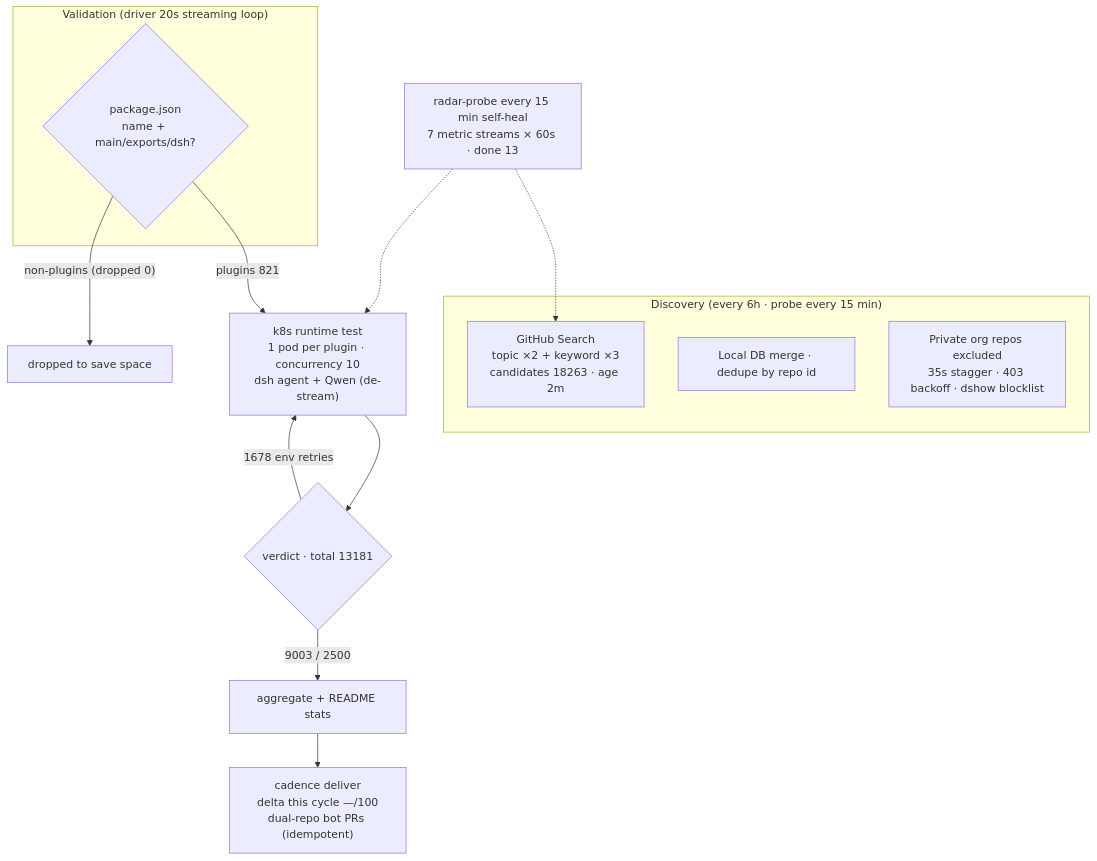
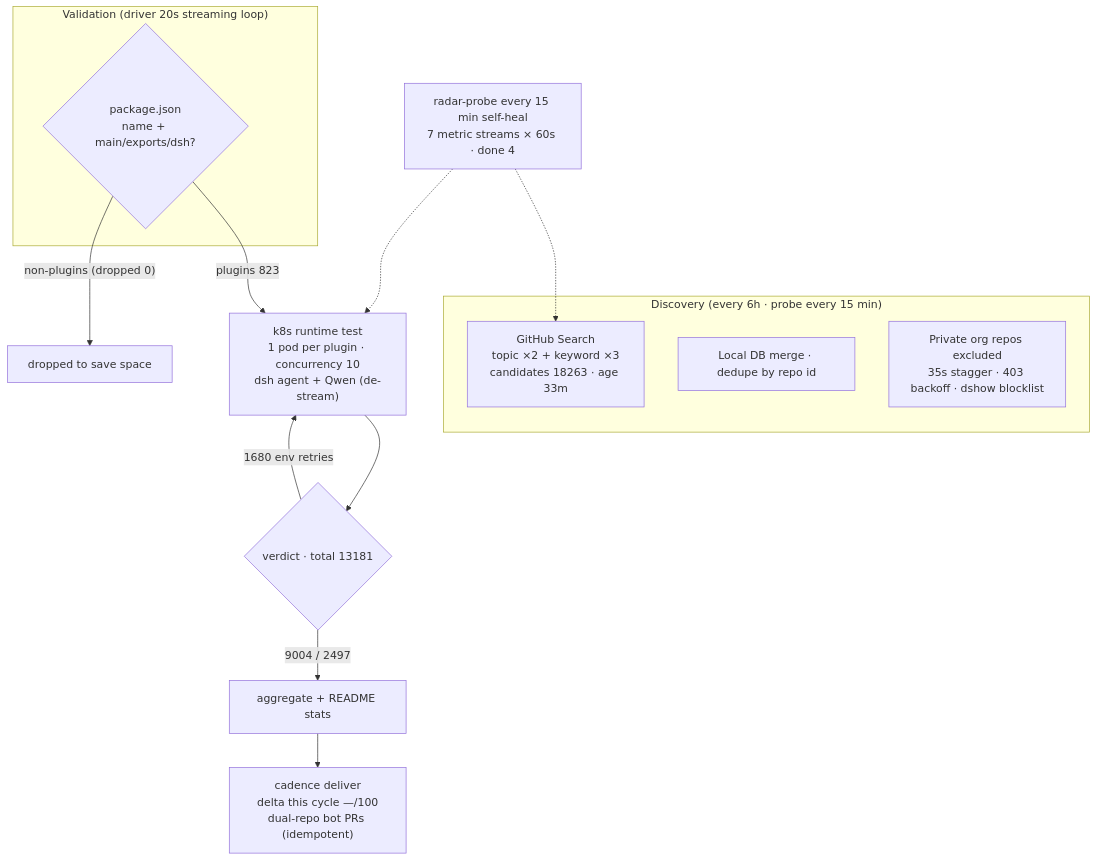
The diagram in README.en-US.md (AdamPlatin123/awesome-dsh-plugins), drawn with Mermaid before and after one commit. The commit also changed other lines of this file and 5 other files, not shown here.

````diff
--- a/README.en-US.md
+++ b/README.en-US.md
@@ -45,20 +45,20 @@
 ```mermaid
 flowchart TB
     subgraph Discovery["Discovery (every 6h · probe every 15 min)"]
-        A1["GitHub Search<br/>topic ×2 + keyword ×3<br/>candidates 18263 · age 2m"]
+        A1["GitHub Search<br/>topic ×2 + keyword ×3<br/>candidates 18263 · age 33m"]
         A2["Local DB merge · dedupe by repo id"]
         A3["Private org repos excluded<br/>35s stagger · 403 backoff · dshow blocklist"]
     end
     subgraph Validation["Validation (driver 20s streaming loop)"]
         B1{"package.json<br/>name + main/exports/dsh?"}
     end
-    B1 -->|"plugins 821"| C1["k8s runtime test<br/>1 pod per plugin · concurrency 10<br/>dsh agent + Qwen (de-stream)"]
+    B1 -->|"plugins 823"| C1["k8s runtime test<br/>1 pod per plugin · concurrency 10<br/>dsh agent + Qwen (de-stream)"]
     B1 -->|"non-plugins (dropped 0)"| B3["dropped to save space"]
     C1 --> D1{"verdict · total 13181"}
-    D1 -->|"9003 / 2500"| E1["aggregate + README stats"]
-    D1 -->|"1678 env retries"| C1
+    D1 -->|"9004 / 2497"| E1["aggregate + README stats"]
+    D1 -->|"1680 env retries"| C1
     E1 --> E2["cadence deliver<br/>delta this cycle —/100<br/>dual-repo bot PRs (idempotent)"]
-    M["radar-probe every 15 min self-heal<br/>7 metric streams × 60s · done 13"]
+    M["radar-probe every 15 min self-heal<br/>7 metric streams × 60s · done 4"]
     M -.-> A1
     M -.-> C1
 ```
````
